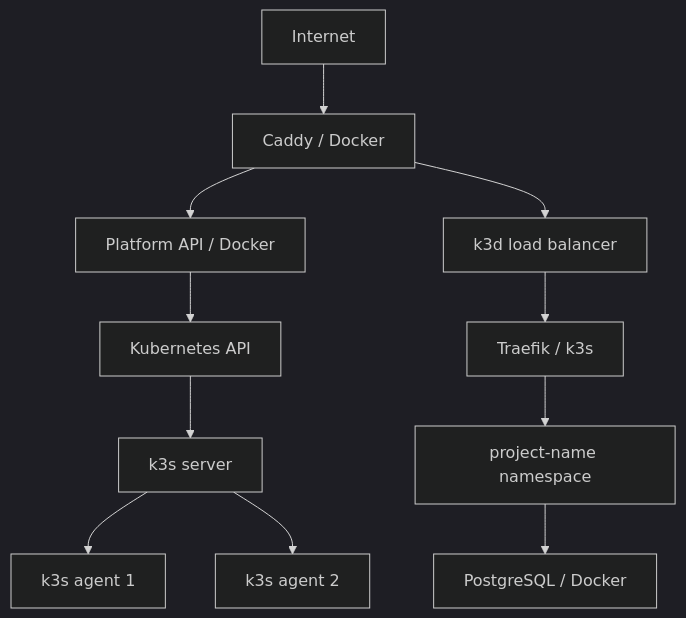
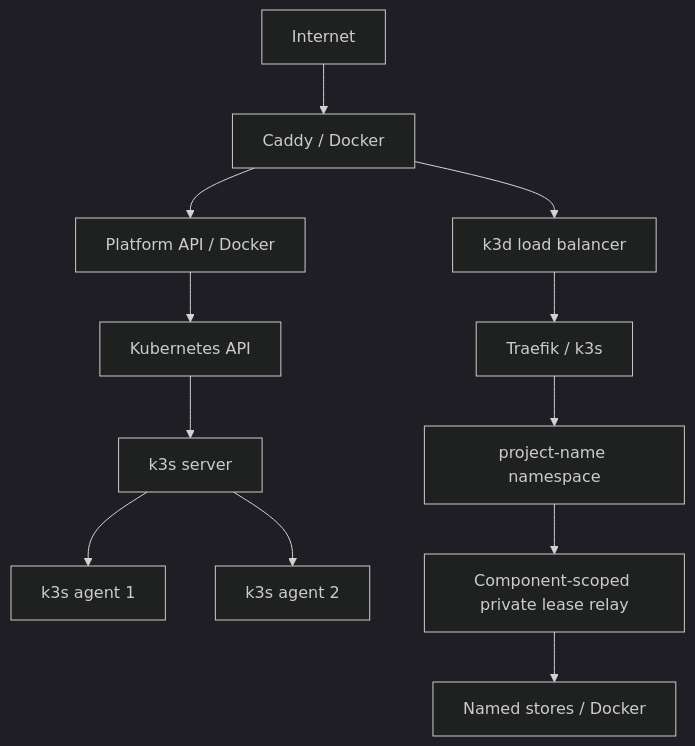
Before and after one commit to eseidinger/developer-platform: the first of 3 diagrams in docs/operators/infrastructure.md, drawn with Mermaid (dark theme). The commit also changed other lines of this file and 65 other files, not shown here.

````diff
--- a/docs/operators/infrastructure.md
+++ b/docs/operators/infrastructure.md
@@ -9,13 +9,14 @@
 ```mermaid
 flowchart TB
   Internet --> Caddy[Caddy / Docker]
   Caddy --> API[Platform API / Docker]
   Caddy --> LB[k3d load balancer]
   LB --> Traefik[Traefik / k3s]
   Traefik --> Project[project-name namespace]
   API --> K8s[Kubernetes API]
   K8s --> Server[k3s server]
   Server --> Agent1[k3s agent 1]
   Server --> Agent2[k3s agent 2]
-  Project --> PG[PostgreSQL / Docker]
+  Project --> Relay[Component-scoped private lease relay]
+  Relay --> PG[Named stores / Docker]
 ```
````
